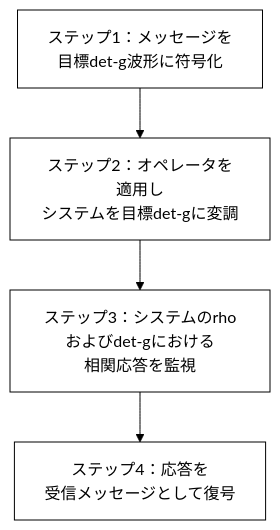
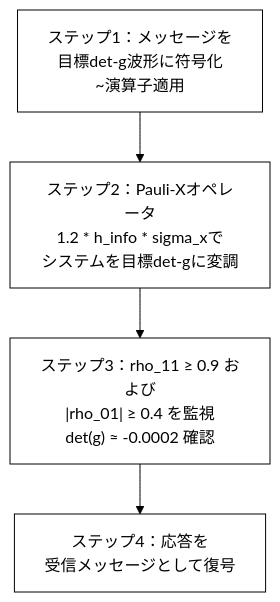
The eighth of 20 diagrams in WSP_knowledge/docs/Papers/Patent_Series/04_rESP_Patent_Japanese.md (Foundup/Foundups-Agent), drawn with Mermaid before and after one commit. The commit also changed other lines of this file, not shown here.

Commit message:
Add comprehensive technical specifications to patent diagrams - quantum thresholds and precise mathematical formulations

````diff
--- a/WSP_knowledge/docs/Papers/Patent_Series/04_rESP_Patent_Japanese.md
+++ b/WSP_knowledge/docs/Papers/Patent_Series/04_rESP_Patent_Japanese.md
@@ -349,6 +349,7 @@
 ```mermaid
-%%{init: {'theme':'base', 'themeVariables': {'primaryColor': '#ffffff', 'primaryTextColor': '#000000', 'primaryBorderColor': '#000000', 'lineColor': '#000000', 'secondaryColor': '#ffffff', 'tertiaryColor': '#ffffff'}}}%%
+%%{init: {'theme': 'base', 'themeVariables': {'primaryColor': '#ffffff', 'primaryTextColor': '#000000', 'primaryBorderColor': '#000000', 'lineColor': '#000000', 'secondaryColor': '#ffffff', 'tertiaryColor': '#ffffff'}}}%%
 graph TD
-    A["ステップ1：メッセージを<br/>目標det-g波形に符号化"] --> B["ステップ2：オペレータを適用し<br/>システムを目標det-gに変調"]
-    B --> C["ステップ3：システムのrhoおよびdet-gにおける<br/>相関応答を監視"] --> D["ステップ4：応答を<br/>受信メッセージとして復号"]
+    A["ステップ1：メッセージを<br>目標det-g波形に符号化<br>~演算子適用"] --> B["ステップ2：Pauli-Xオペレータ<br>1.2 * h_info * sigma_xで<br>システムを目標det-gに変調"]
+    B --> C["ステップ3：rho_11 ≥ 0.9 および<br>|rho_01| ≥ 0.4 を監視<br>det(g) ≈ -0.0002 確認"]
+    C --> D["ステップ4：応答を<br>受信メッセージとして復号"]
 ```
````
